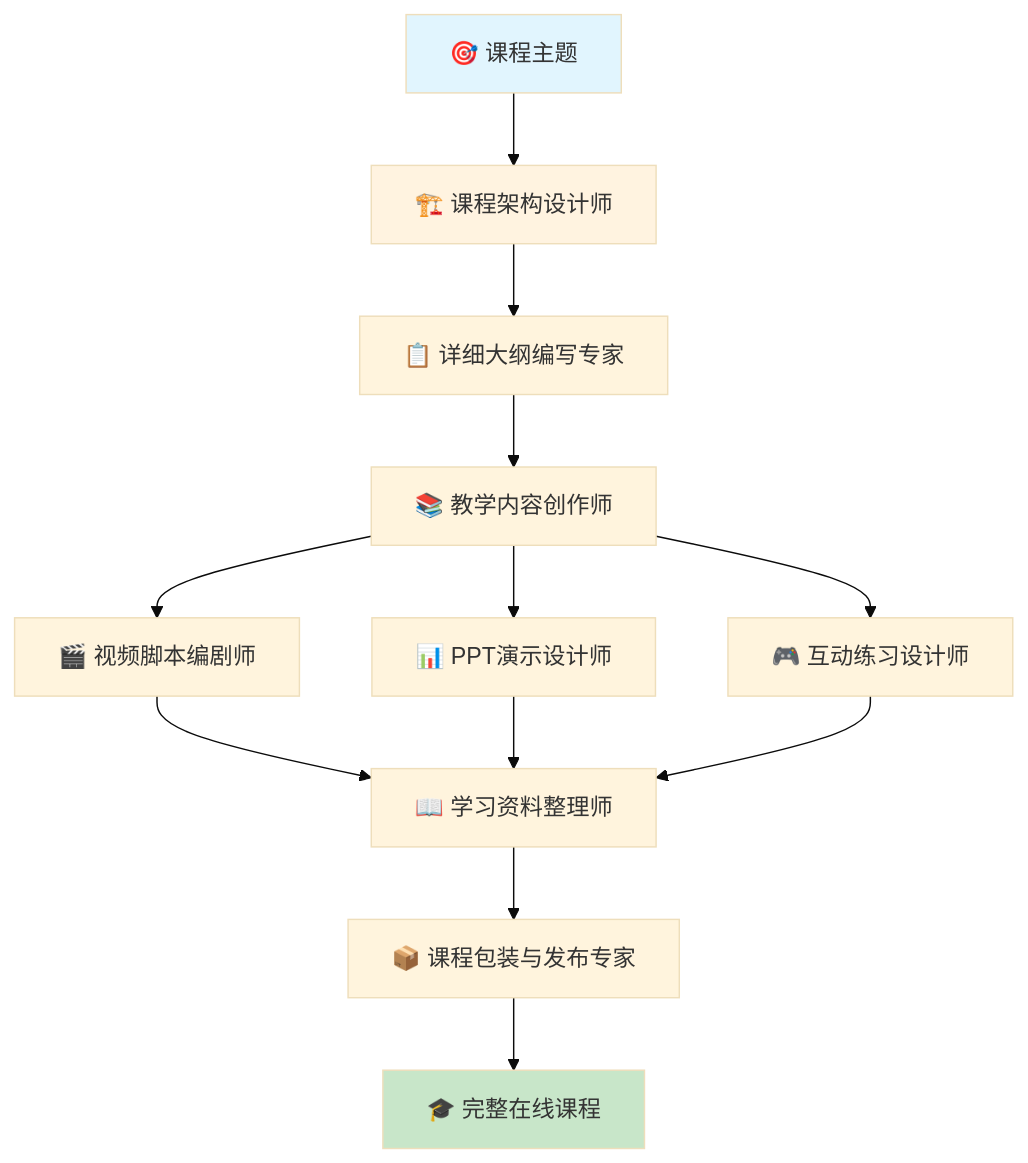
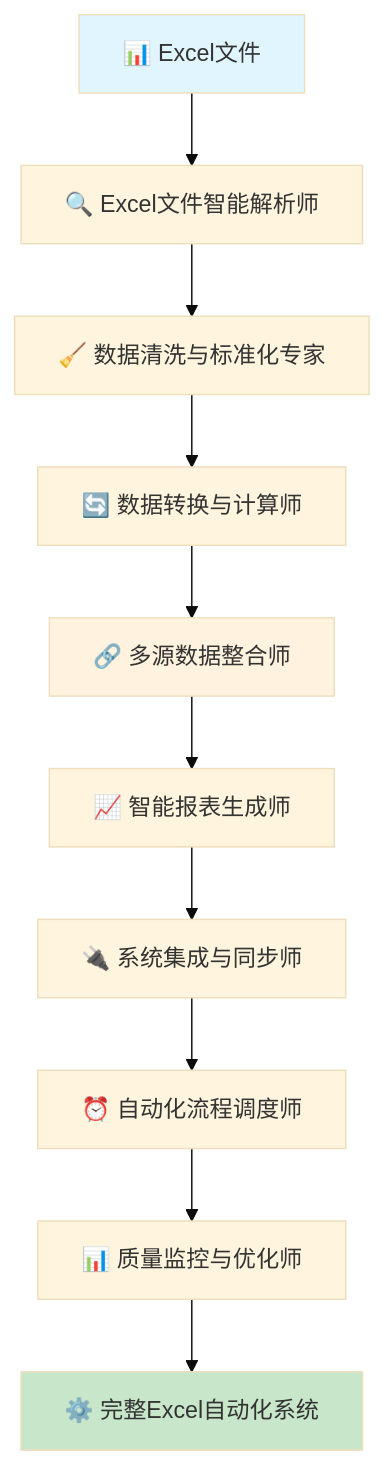
Before and after one commit to pftom/refly-use-cases: the tenth of 21 diagrams in use-cases/detailed-use-cases.md, drawn with Mermaid (base theme). The commit also changed other lines of this file and 1 other file, not shown here.

````diff
--- a/use-cases/detailed-use-cases.md
+++ b/use-cases/detailed-use-cases.md
@@ -1211,18 +972,16 @@
 ```mermaid
 graph TD
-    A[🎯 课程主题] --> B[🏗️ 课程架构设计师]
-    B --> C[📋 详细大纲编写专家]
-    C --> D[📚 教学内容创作师]
-    D --> E[🎬 视频脚本编剧师]
-    D --> F[📊 PPT演示设计师]
-    D --> G[🎮 互动练习设计师]
-    E --> H[📖 学习资料整理师]
-    F --> H
-    G --> H
-    H --> I[📦 课程包装与发布专家]
-    I --> J[🎓 完整在线课程]
+    A[📊 Excel文件] --> B[🔍 Excel文件智能解析师]
+    B --> C[🧹 数据清洗与标准化专家]
+    C --> D[🔄 数据转换与计算师]
+    D --> E[🔗 多源数据整合师]
+    E --> F[📈 智能报表生成师]
+    F --> G[🔌 系统集成与同步师]
+    G --> H[⏰ 自动化流程调度师]
+    H --> I[📊 质量监控与优化师]
+    I --> J[⚙️ 完整Excel自动化系统]
     
     style A fill:#e1f5fe
     style J fill:#c8e6c9
-    style B fill:#fff3e0
+    style E fill:#fff3e0
 ```
````
